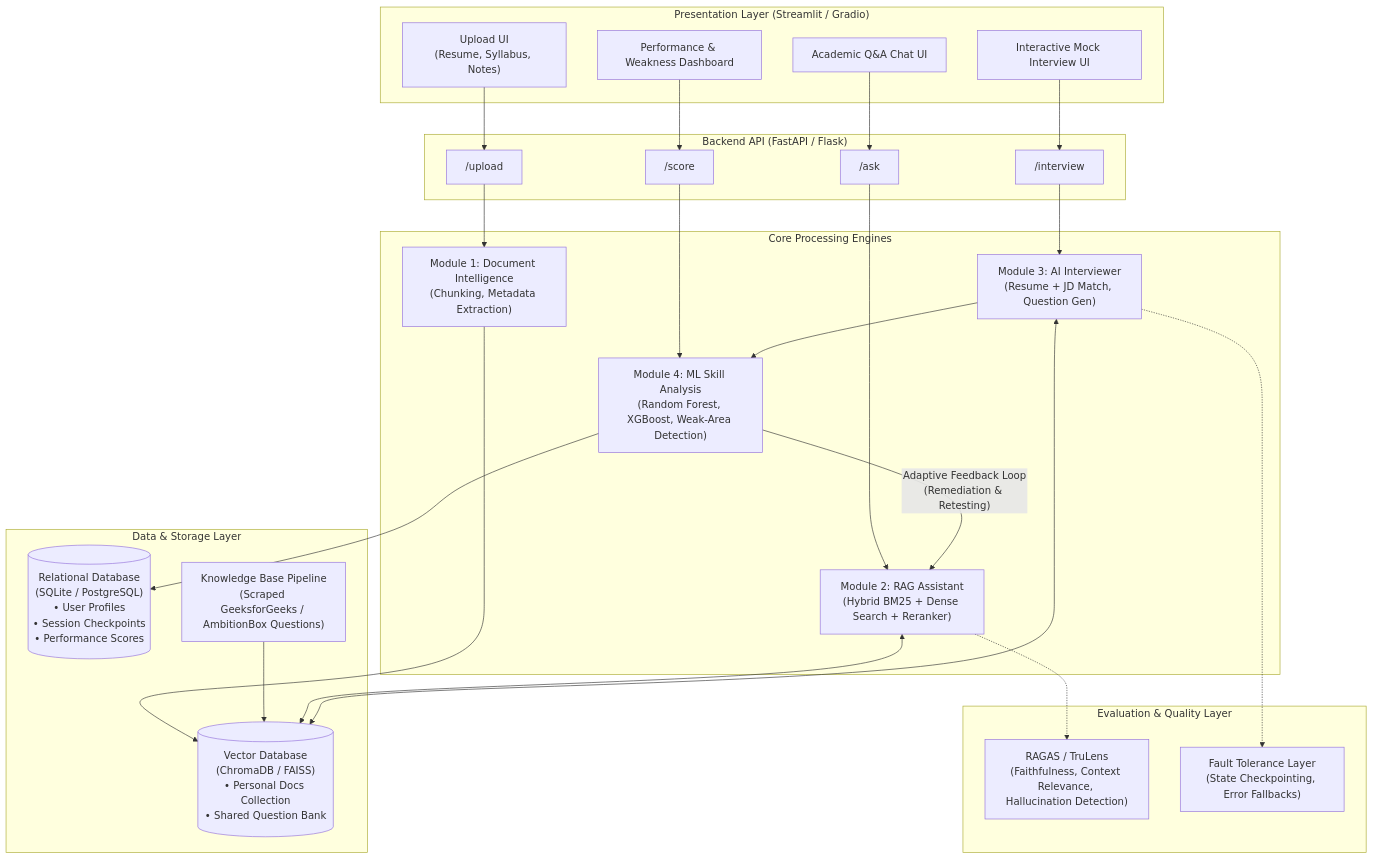
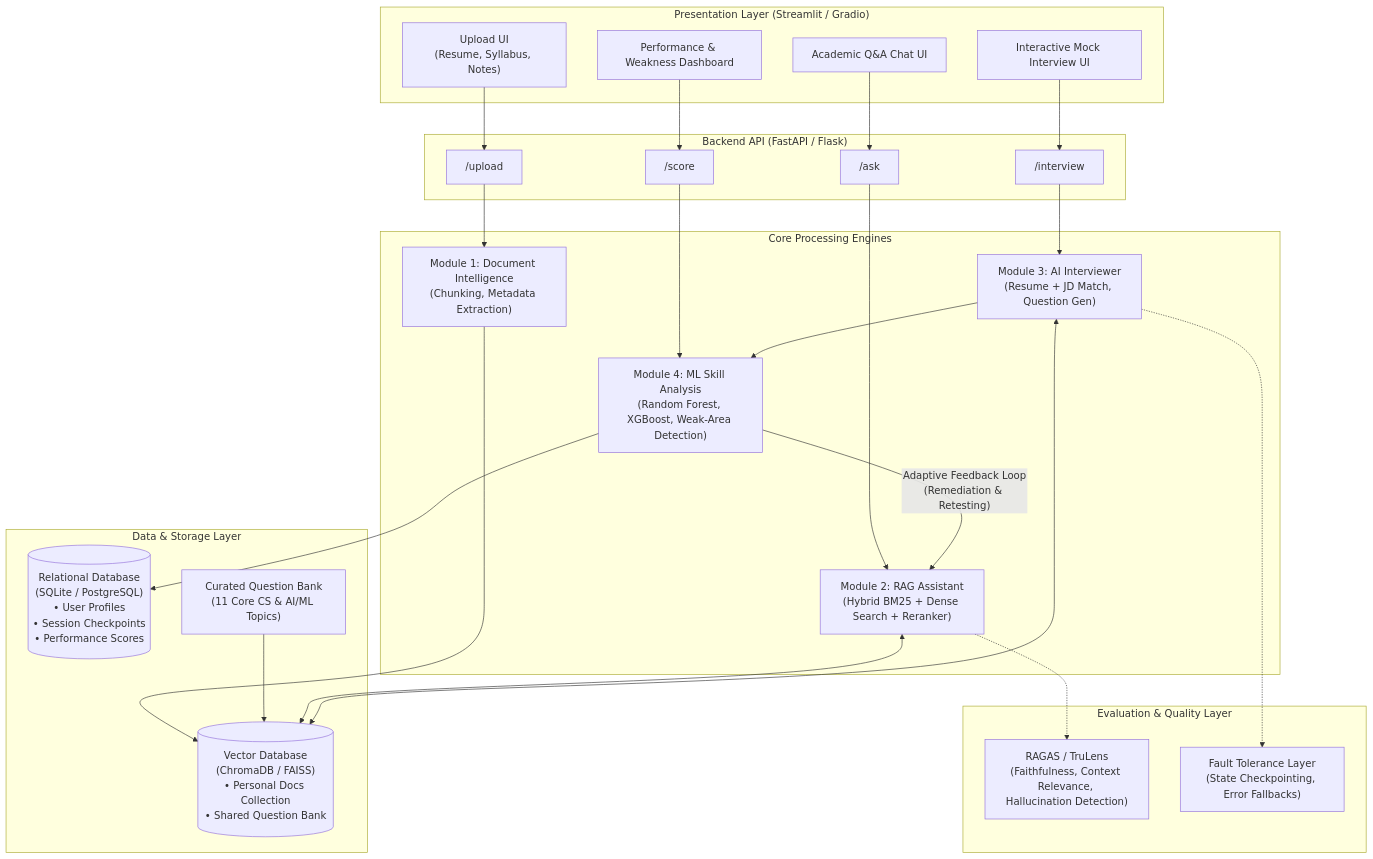
One commit to PrateekG93/Major-Project changed the first of 2 diagrams in README.md. Above: the diagram before and after it, drawn with Mermaid. The commit also changed other lines of this file and 61 other files, not shown here.

````diff
--- a/README.md
+++ b/README.md
@@ -90,56 +89,56 @@
 ```mermaid
 flowchart TD
     subgraph UI_Layer ["Presentation Layer (Streamlit / Gradio)"]
         UI_Upload["Upload UI\n(Resume, Syllabus, Notes)"]
         UI_Chat["Academic Q&A Chat UI"]
         UI_Interview["Interactive Mock Interview UI"]
         UI_Dashboard["Performance & Weakness Dashboard"]
     end
 
     subgraph API_Layer ["Backend API (FastAPI / Flask)"]
         EP_Upload["/upload"]
         EP_Ask["/ask"]
         EP_Interview["/interview"]
         EP_Score["/score"]
     end
 
     subgraph Core_Engine ["Core Processing Engines"]
         DocIntel["Module 1: Document Intelligence\n(Chunking, Metadata Extraction)"]
         RAGAssist["Module 2: RAG Assistant\n(Hybrid BM25 + Dense Search + Reranker)"]
         AIInterviewer["Module 3: AI Interviewer\n(Resume + JD Match, Question Gen)"]
         MLScoring["Module 4: ML Skill Analysis\n(Random Forest, XGBoost, Weak-Area Detection)"]
     end
 
     subgraph Storage_Layer ["Data & Storage Layer"]
         VecDB[("Vector Database\n(ChromaDB / FAISS)\n• Personal Docs Collection\n• Shared Question Bank")]
         RelDB[("Relational Database\n(SQLite / PostgreSQL)\n• User Profiles\n• Session Checkpoints\n• Performance Scores")]
-        ScraperPipe["Knowledge Base Pipeline\n(Scraped GeeksforGeeks / AmbitionBox Questions)"]
+        ScraperPipe["Curated Question Bank\n(11 Core CS & AI/ML Topics)"]
     end
 
     subgraph Eval_Layer ["Evaluation & Quality Layer"]
         RAGAS["RAGAS / TruLens\n(Faithfulness, Context Relevance, Hallucination Detection)"]
         FaultTol["Fault Tolerance Layer\n(State Checkpointing, Error Fallbacks)"]
     end
 
     %% Connections
     UI_Upload --> EP_Upload
     UI_Chat --> EP_Ask
     UI_Interview --> EP_Interview
     UI_Dashboard --> EP_Score
 
     EP_Upload --> DocIntel
     EP_Ask --> RAGAssist
     EP_Interview --> AIInterviewer
     EP_Score --> MLScoring
 
     DocIntel --> VecDB
     ScraperPipe --> VecDB
     RAGAssist <--> VecDB
     AIInterviewer <--> VecDB
     AIInterviewer --> MLScoring
     MLScoring --> RelDB
 
     RAGAssist -.-> RAGAS
     AIInterviewer -.-> FaultTol
     MLScoring -->|"Adaptive Feedback Loop\n(Remediation & Retesting)"| RAGAssist
 ```
````
